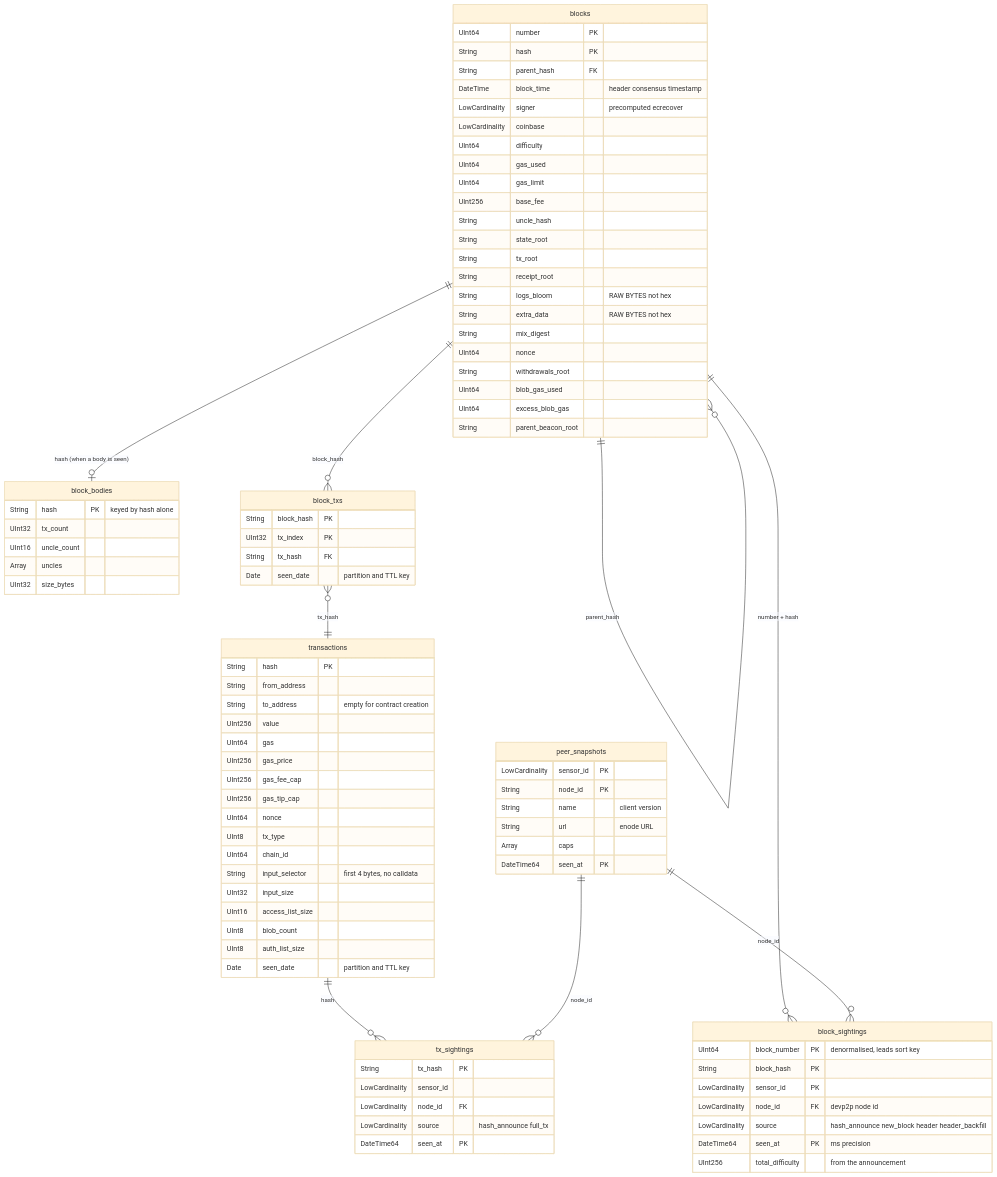
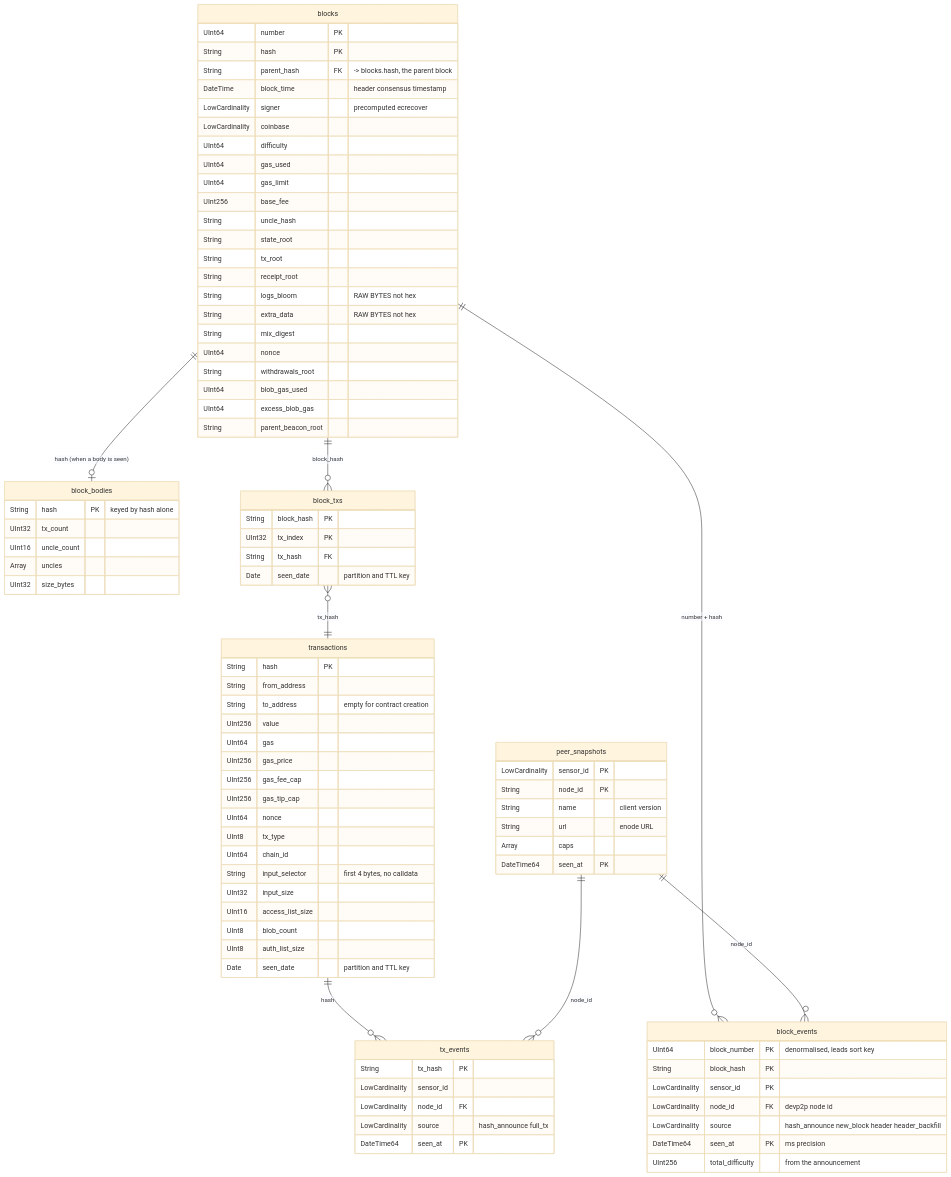
Before and after one commit to 0xPolygon/polygon-cli: the first of 2 diagrams in cmd/p2p/sensor/schema-clickhouse.md, drawn with Mermaid (base theme). The commit also changed other lines of this file and 8 other files, not shown here.

````diff
--- a/cmd/p2p/sensor/schema-clickhouse.md
+++ b/cmd/p2p/sensor/schema-clickhouse.md
@@ -37,7 +37,7 @@
     blocks {
         UInt64 number PK
         String hash PK
-        String parent_hash FK
+        String parent_hash FK "-> blocks.hash, the parent block"
         DateTime block_time "header consensus timestamp"
         LowCardinality signer "precomputed ecrecover"
         LowCardinality coinbase
@@ -94,7 +94,7 @@
         Date seen_date "partition and TTL key"
     }
 
-    block_sightings {
+    block_events {
         UInt64 block_number PK "denormalised, leads sort key"
         String block_hash PK
         LowCardinality sensor_id PK
@@ -104,7 +104,7 @@
         UInt256 total_difficulty "from the announcement"
     }
 
-    tx_sightings {
+    tx_events {
         String tx_hash PK
         LowCardinality sensor_id
         LowCardinality node_id FK
@@ -124,9 +124,8 @@
     blocks         ||--o| block_bodies : "hash (when a body is seen)"
     blocks         ||--o{ block_txs : "block_hash"
     block_txs      }o--|| transactions : "tx_hash"
-    blocks         ||--o{ block_sightings : "number + hash"
-    transactions   ||--o{ tx_sightings : "hash"
-    peer_snapshots ||--o{ block_sightings : "node_id"
-    peer_snapshots ||--o{ tx_sightings : "node_id"
-    blocks         ||--o{ blocks : "parent_hash"
+    blocks         ||--o{ block_events : "number + hash"
+    transactions   ||--o{ tx_events : "hash"
+    peer_snapshots ||--o{ block_events : "node_id"
+    peer_snapshots ||--o{ tx_events : "node_id"
 ```
````
